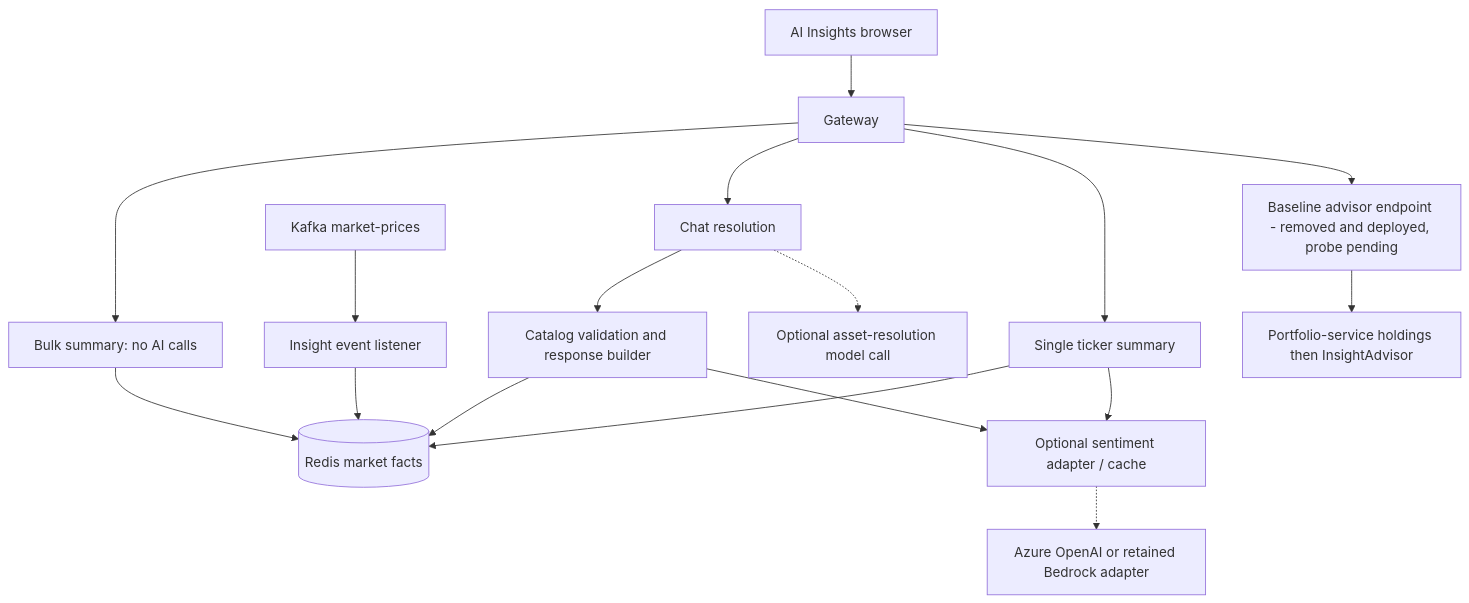
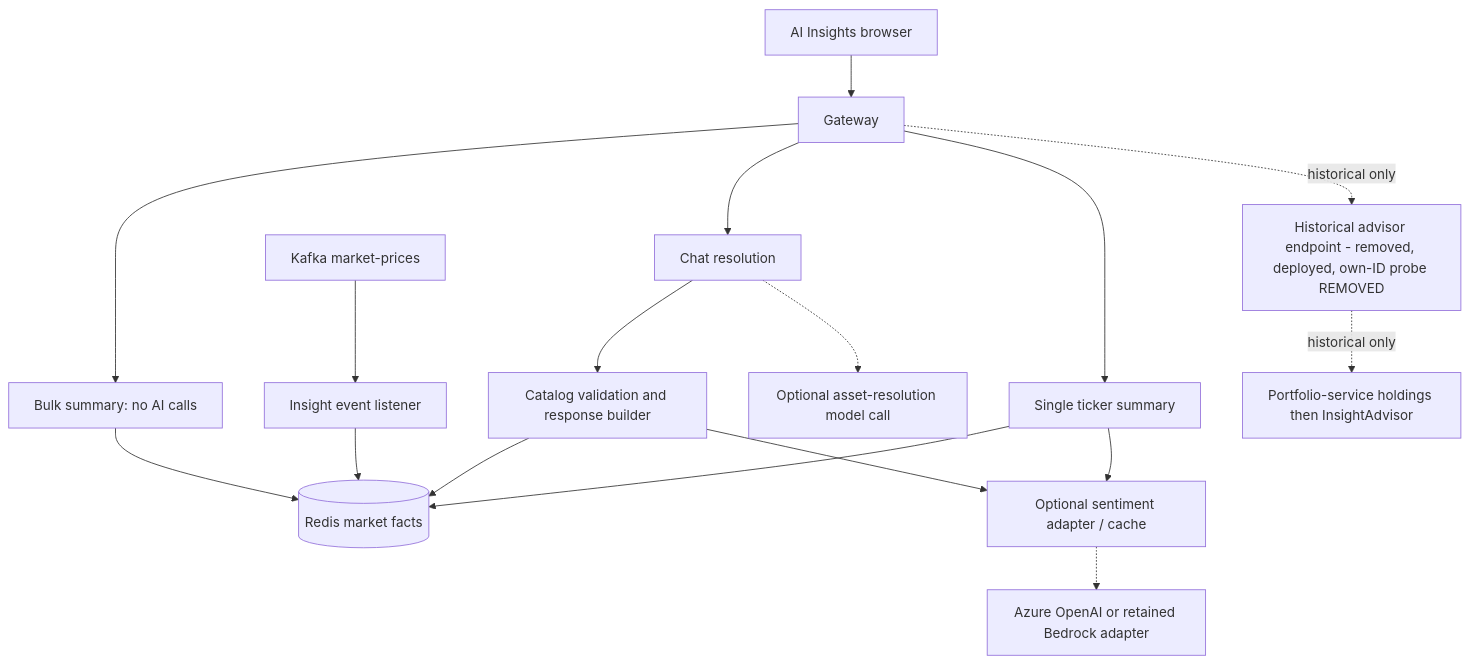
One commit to vibhanshu-agarwal/wealthmgmtandportfoliotracker changed the diagram in docs/e2e-flows/insight-service-e2e.md. Above: the diagram before and after it, drawn with Mermaid. The commit also changed other lines of this file and 13 other files, not shown here.

Commit message:
docs: close advisor IDOR with bound deployment and probe evidence

````diff
--- a/docs/e2e-flows/insight-service-e2e.md
+++ b/docs/e2e-flows/insight-service-e2e.md
@@ -165,19 +170,19 @@
 ```mermaid
 flowchart TD
     B[AI Insights browser] --> G[Gateway]
     G --> S[Bulk summary: no AI calls]
     G --> C[Chat resolution]
     G --> T[Single ticker summary]
     S --> R[(Redis market facts)]
     C --> V[Catalog validation and response builder]
     V --> R
     V --> A[Optional sentiment adapter / cache]
     T --> R
     T --> A
     C -.-> L[Optional asset-resolution model call]
     A -.-> O[Azure OpenAI or retained Bedrock adapter]
     K[Kafka market-prices] --> E[Insight event listener]
     E --> R
-    G --> P[Baseline advisor endpoint - removed and deployed, probe pending]
-    P --> H[Portfolio-service holdings then InsightAdvisor]
+    G -. historical only .-> P[Historical advisor endpoint - removed, deployed, own-ID probe REMOVED]
+    P -. historical only .-> H[Portfolio-service holdings then InsightAdvisor]
 ```
````
